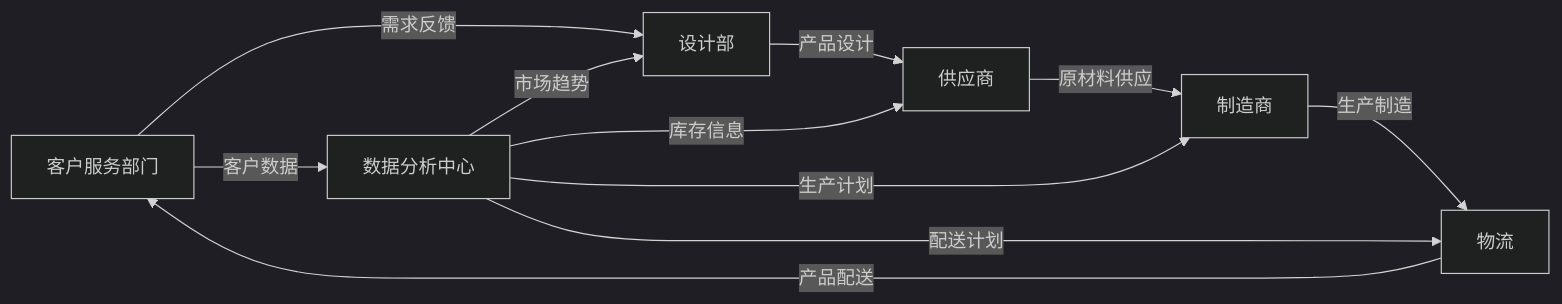
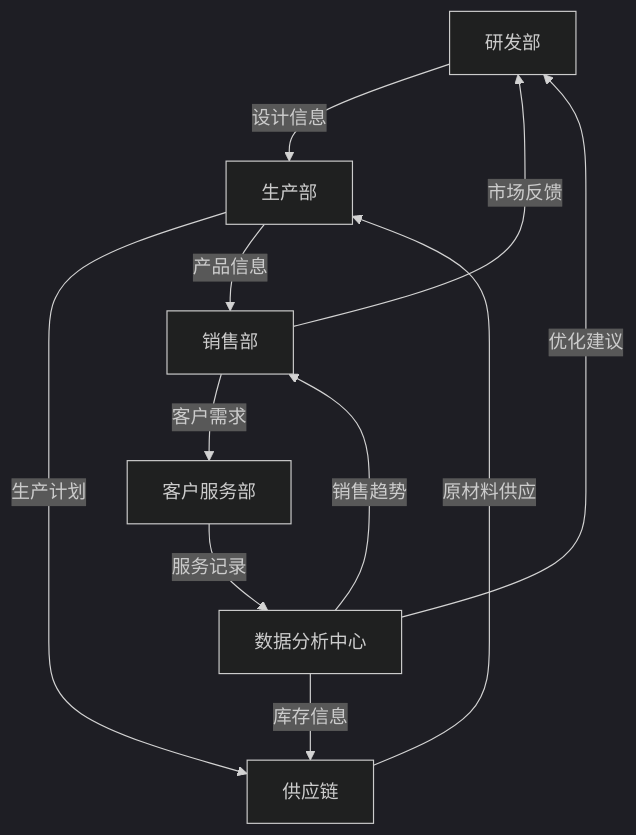
The diagram in all/未命名-6.md (Theo20221119/iodraw-files), drawn with Mermaid (dark theme) before and after one commit.

Commit message:
2024-12-19 10:43:13 update

````diff
--- a/all/未命名-6.md
+++ b/all/未命名-6.md
@@ -1,14 +1,14 @@
 ```mermaid
-graph LR
-    A[客户服务部门] -->|需求反馈| B[设计部]
-    B -->|产品设计| C[供应商]
-    C -->|原材料供应| D[制造商]
-    D -->|生产制造| E[物流]
-    E -->|产品配送| A
-    A -->|客户数据| F[数据分析中心]
-    F -->|市场趋势| B
+graph TD
+    A[研发部] -->|设计信息| B[生产部]
+    B -->|生产计划| C[供应链]
+    C -->|原材料供应| B
+    B -->|产品信息| D[销售部]
+    D -->|市场反馈| A
+    D -->|客户需求| E[客户服务部]
+    E -->|服务记录| F[数据分析中心]
+    F -->|优化建议| A
     F -->|库存信息| C
-    F -->|生产计划| D
-    F -->|配送计划| E
+    F -->|销售趋势| D
 
 ```
````
